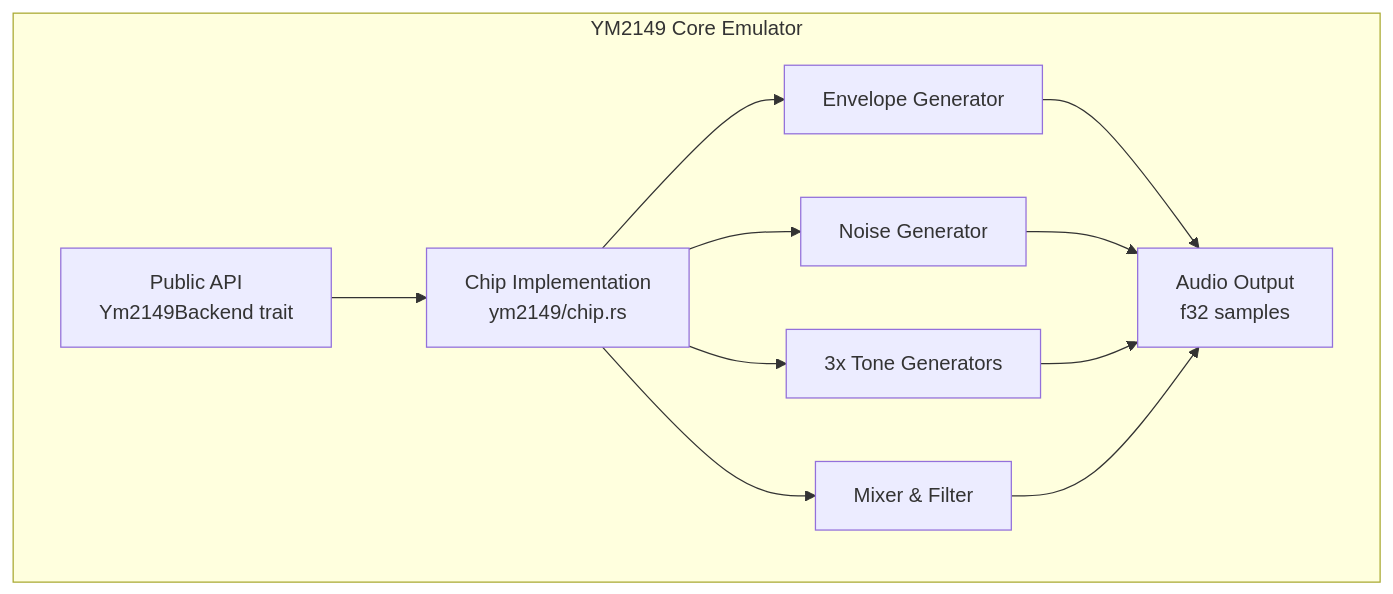
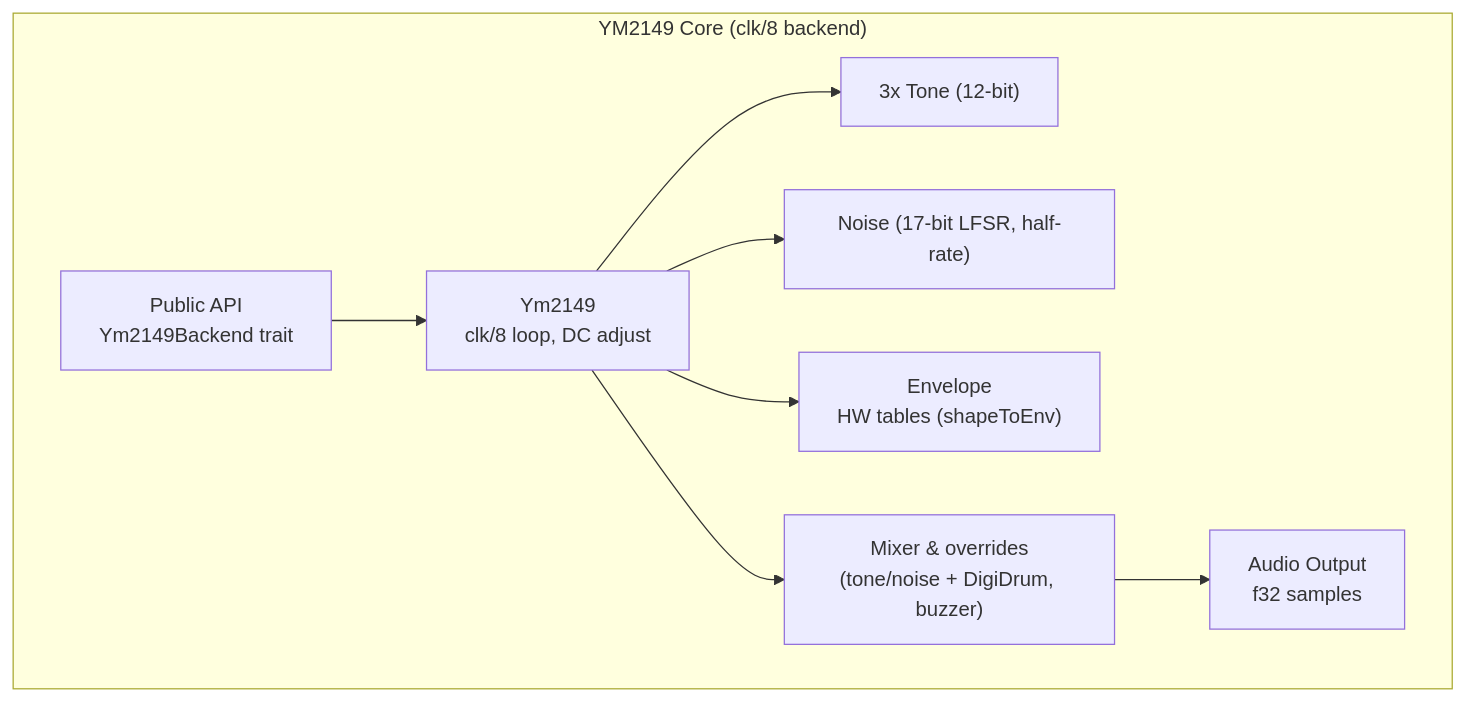
The diagram in crates/ym2149-core/ARCHITECTURE.md (slippyex/ym2149-rs), drawn with Mermaid before and after one commit. The commit also changed other lines of this file and 39 other files, not shown here.

Commit message:
YM2149 backend chip replacement and AY (with Z80 emul) replayer implementation - additional cleanups and refinements

````diff
--- a/crates/ym2149-core/ARCHITECTURE.md
+++ b/crates/ym2149-core/ARCHITECTURE.md
@@ -11,14 +11,11 @@
 ```mermaid
 graph TD
-    subgraph ym2149-core["YM2149 Core Emulator"]
-        API["Public API<br/>Ym2149Backend trait"] --> CHIP["Chip Implementation<br/>ym2149/chip.rs"]
-        CHIP --> ENV["Envelope Generator"]
-        CHIP --> NOISE["Noise Generator"]
-        CHIP --> TONE["3x Tone Generators"]
-        CHIP --> MIX["Mixer & Filter"]
-        ENV --> OUT["Audio Output<br/>f32 samples"]
-        NOISE --> OUT
-        TONE --> OUT
-        MIX --> OUT
+    subgraph ym2149-core["YM2149 Core (clk/8 backend)"]
+        API["Public API<br/>Ym2149Backend trait"] --> CHIP["Ym2149<br/>clk/8 loop, DC adjust"]
+        CHIP --> TONE["3x Tone (12-bit)"]
+        CHIP --> NOISE["Noise (17-bit LFSR, half-rate)"]
+        CHIP --> ENV["Envelope<br/>HW tables (shapeToEnv)"]
+        CHIP --> MIX["Mixer & overrides<br/>(tone/noise + DigiDrum, buzzer)"]
+        MIX --> OUT["Audio Output<br/>f32 samples"]
     end
 ```
````
